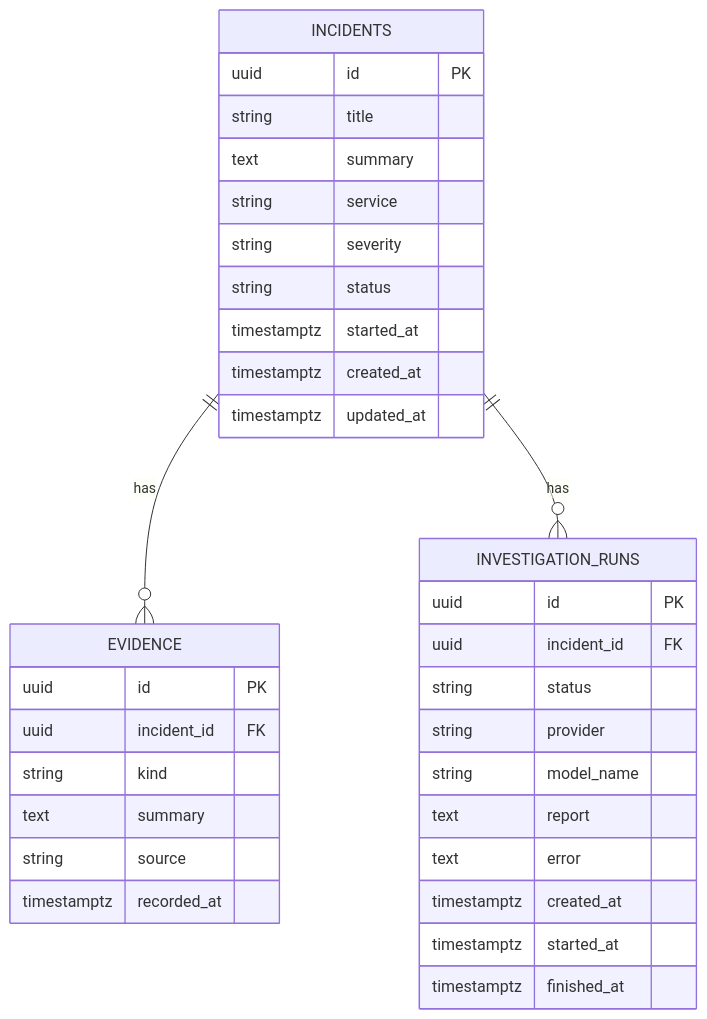
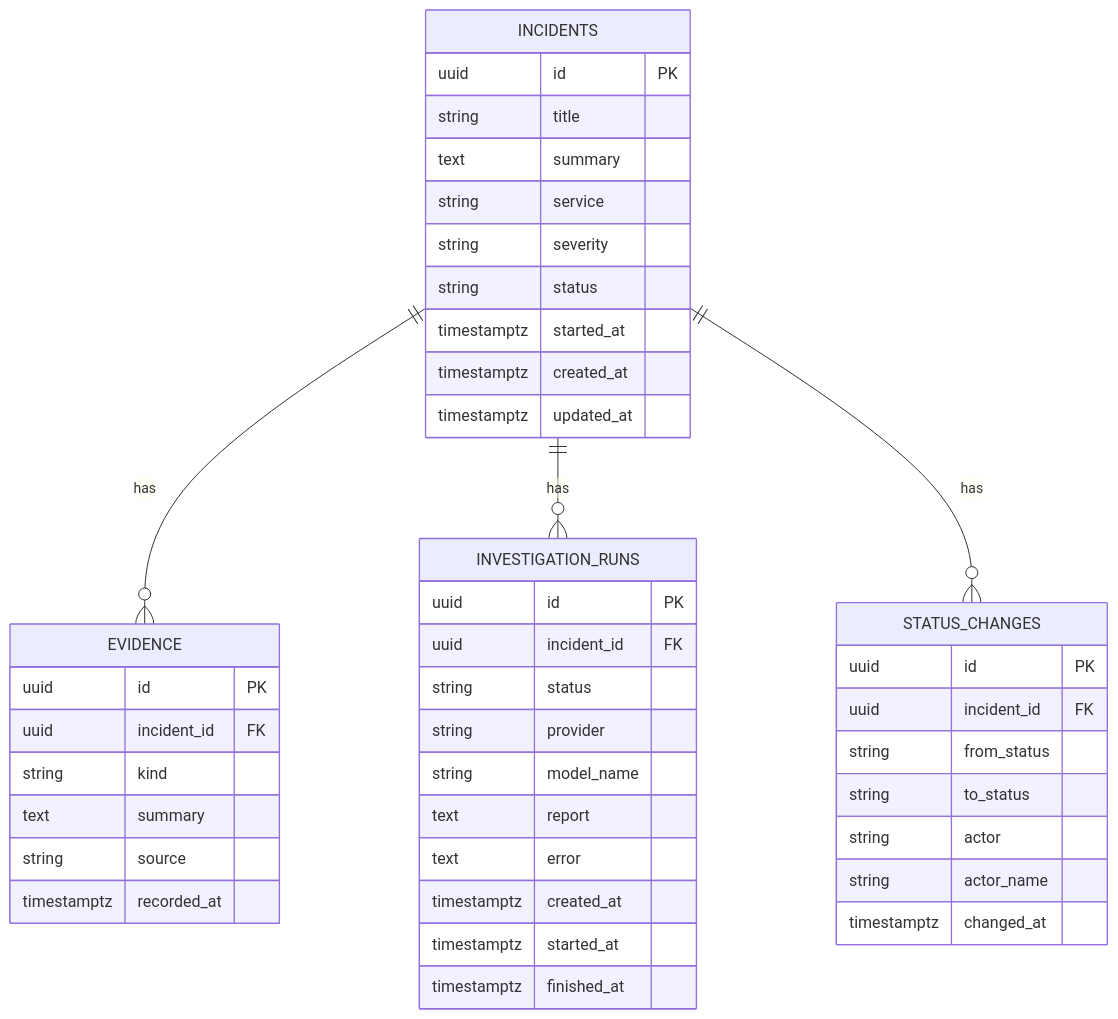
One commit to SaifulJnU/incident-investigation-agent changed the diagram in prd/schema-design.md. Above: the diagram before and after it, drawn with Mermaid. The commit also changed other lines of this file and 14 other files, not shown here.

````diff
--- a/prd/schema-design.md
+++ b/prd/schema-design.md
@@ -16,39 +16,50 @@
 ```mermaid
 erDiagram
   INCIDENTS ||--o{ EVIDENCE : "has"
   INCIDENTS ||--o{ INVESTIGATION_RUNS : "has"
+  INCIDENTS ||--o{ STATUS_CHANGES : "has"
 
   INCIDENTS {
     uuid id PK
     string title
     text summary
     string service
     string severity
     string status
     timestamptz started_at
     timestamptz created_at
     timestamptz updated_at
   }
 
   EVIDENCE {
     uuid id PK
     uuid incident_id FK
     string kind
     text summary
     string source
     timestamptz recorded_at
   }
 
   INVESTIGATION_RUNS {
     uuid id PK
     uuid incident_id FK
     string status
     string provider
     string model_name
     text report
     text error
     timestamptz created_at
     timestamptz started_at
     timestamptz finished_at
   }
+
+  STATUS_CHANGES {
+    uuid id PK
+    uuid incident_id FK
+    string from_status
+    string to_status
+    string actor
+    string actor_name
+    timestamptz changed_at
+  }
 ```
````
